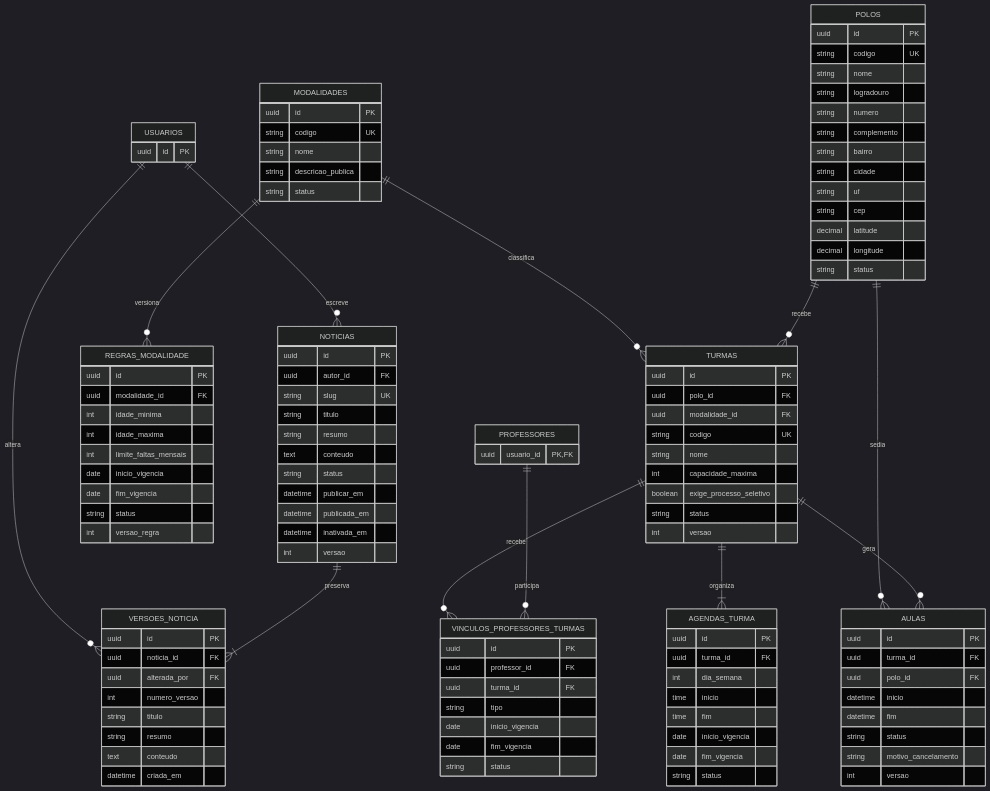
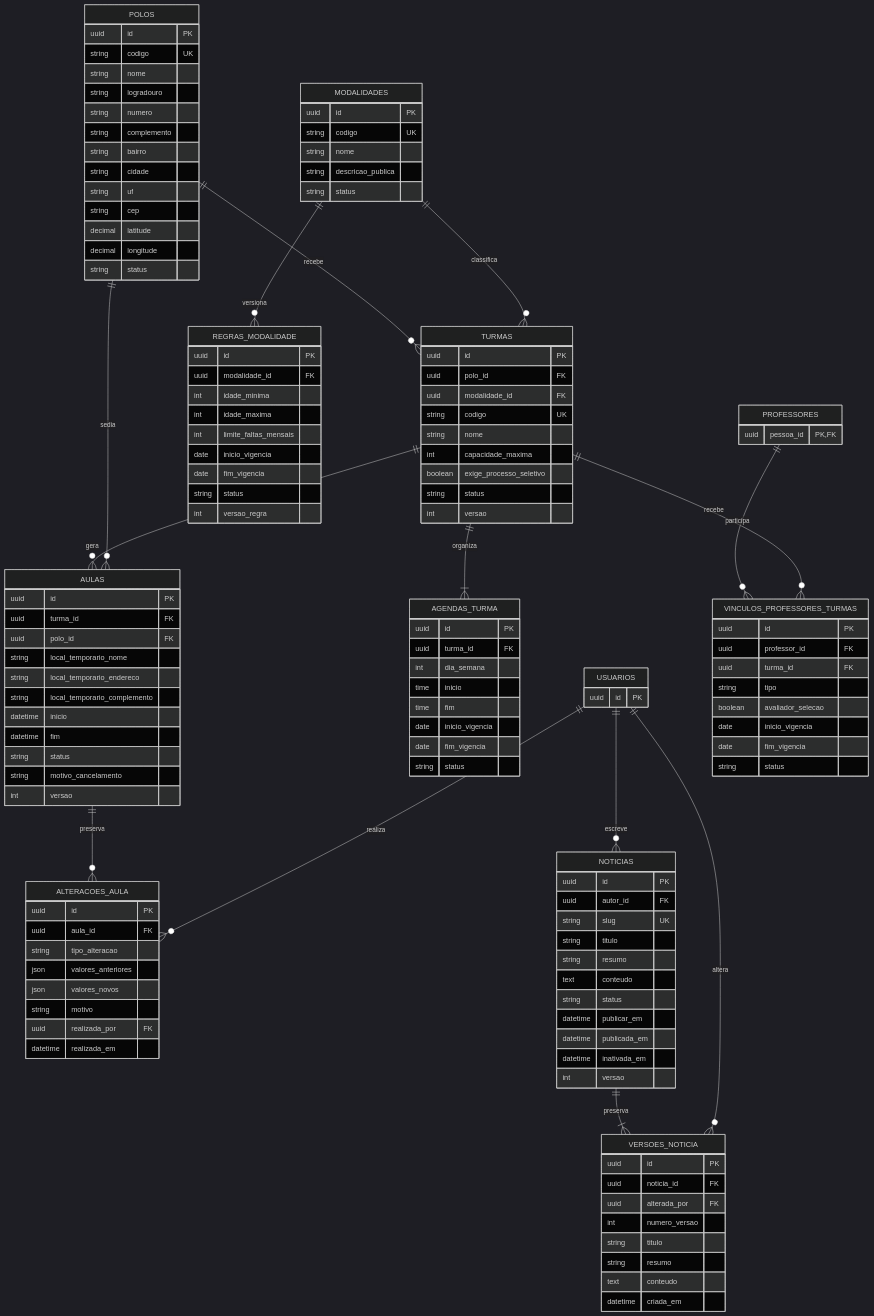
Before and after one commit to HeitorLeite/SIDESP: the third of 7 diagrams in database/BANCO_DE_DADOS.md, drawn with Mermaid (dark theme). The commit also changed other lines of this file and 8 other files, not shown here.

```diff
--- a/database/BANCO_DE_DADOS.md
+++ b/database/BANCO_DE_DADOS.md
@@ -249,7 +336,7 @@
         uuid id PK
     }
     PROFESSORES {
-        uuid usuario_id PK, FK
+        uuid pessoa_id PK, FK
     }
     POLOS {
         uuid id PK
@@ -309,17 +396,31 @@
         uuid id PK
         uuid turma_id FK
         uuid polo_id FK
+        string local_temporario_nome
+        string local_temporario_endereco
+        string local_temporario_complemento
         datetime inicio
         datetime fim
         string status
         string motivo_cancelamento
         int versao
     }
+    ALTERACOES_AULA {
+        uuid id PK
+        uuid aula_id FK
+        string tipo_alteracao
+        json valores_anteriores
+        json valores_novos
+        string motivo
+        uuid realizada_por FK
+        datetime realizada_em
+    }
     VINCULOS_PROFESSORES_TURMAS {
         uuid id PK
         uuid professor_id FK
         uuid turma_id FK
         string tipo
+        boolean avaliador_selecao
         date inicio_vigencia
         date fim_vigencia
         string status
@@ -354,6 +455,8 @@
     TURMAS ||--|{ AGENDAS_TURMA : organiza
     TURMAS ||--o{ AULAS : gera
     POLOS ||--o{ AULAS : sedia
+    AULAS ||--o{ ALTERACOES_AULA : preserva
+    USUARIOS ||--o{ ALTERACOES_AULA : realiza
     PROFESSORES ||--o{ VINCULOS_PROFESSORES_TURMAS : participa
     TURMAS ||--o{ VINCULOS_PROFESSORES_TURMAS : recebe
     USUARIOS ||--o{ NOTICIAS : escreve
```
